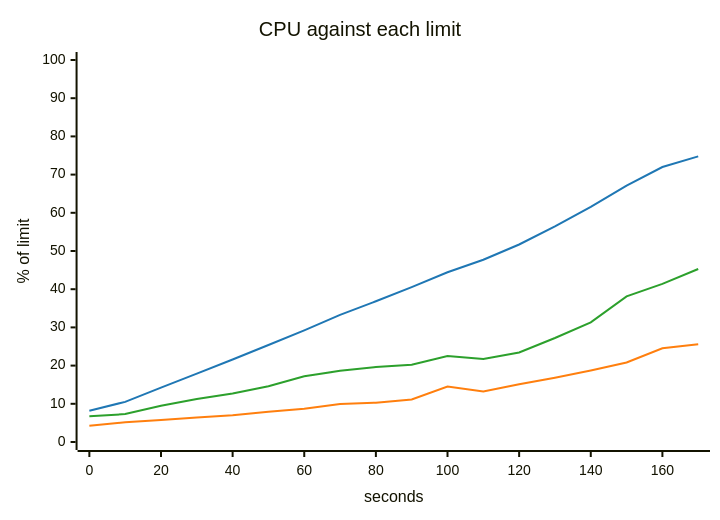
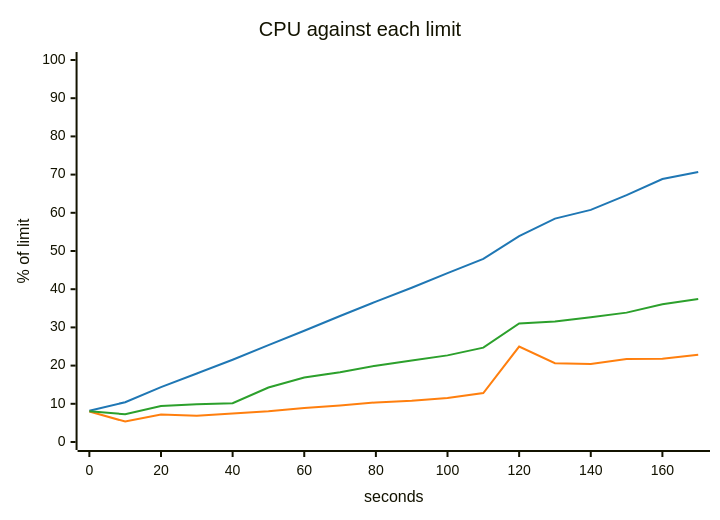
One commit to akinfemi/load-lore changed the fifth of 5 diagrams in scenarios/statement-day/solutions/more-memory/report.md. Above: the diagram before and after it, drawn with Mermaid. The commit also changed other lines of this file and 3 other files, not shown here.

````diff
--- a/scenarios/statement-day/solutions/more-memory/report.md
+++ b/scenarios/statement-day/solutions/more-memory/report.md
@@ -93,16 +95,16 @@
 ```mermaid
 ---
 config:
   themeVariables:
     xyChart:
       backgroundColor: "transparent"
       plotColorPalette: "#1f77b4, #ff7f0e, #2ca02c"
 ---
 xychart-beta
     title "CPU against each limit"
     x-axis "seconds" 0 --> 170
     y-axis "% of limit" 0 --> 100
-    line [8.205, 10.504, 14.229, 17.906, 21.607, 25.397, 29.225, 33.289, 36.839, 40.538, 44.427, 47.719, 51.706, 56.458, 61.555, 67.122, 71.987, 74.774]
-    line [4.27, 5.185, 5.738, 6.384, 7.012, 7.934, 8.716, 9.938, 10.293, 11.126, 14.501, 13.21, 15.12, 16.831, 18.718, 20.81, 24.545, 25.574]
-    line [6.728, 7.311, 9.478, 11.263, 12.673, 14.607, 17.21, 18.624, 19.608, 20.226, 22.531, 21.732, 23.416, 27.216, 31.314, 38.114, 41.377, 45.3]
+    line [8.196, 10.421, 14.373, 17.935, 21.544, 25.366, 29.133, 32.973, 36.746, 40.388, 44.209, 47.94, 53.904, 58.475, 60.771, 64.634, 68.843, 70.702]
+    line [8.002, 5.345, 7.207, 6.892, 7.463, 8.069, 8.925, 9.556, 10.37, 10.78, 11.528, 12.808, 24.989, 20.63, 20.444, 21.704, 21.815, 22.827]
+    line [8.059, 7.257, 9.44, 9.863, 10.146, 14.277, 16.886, 18.279, 19.989, 21.362, 22.676, 24.696, 31.039, 31.553, 32.642, 33.87, 36.078, 37.41]
 ```
````
